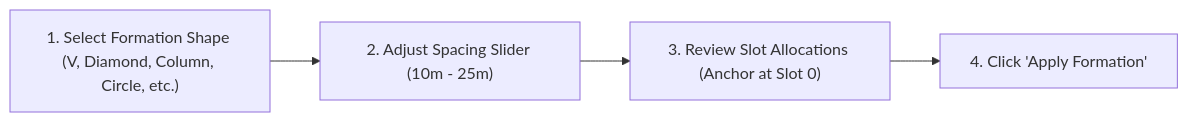
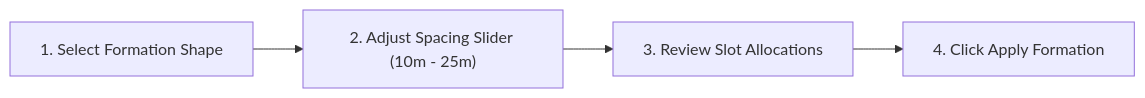
The diagram in doc/guides/gcs-user-guide.md (Debanshu2005/DroneSwarm), drawn with Mermaid before and after one commit. The commit also changed other lines of this file and 11 other files, not shown here.

Commit message:
docs: add comprehensive system architecture and user guides for phoneos swarm

````diff
--- a/doc/guides/gcs-user-guide.md
+++ b/doc/guides/gcs-user-guide.md
@@ -24,9 +24,9 @@
 ```mermaid
-graph LR
-    SelectShape["1. Select Formation Shape (V, Diamond, Column, Circle, etc.)"]
+flowchart LR
+    SelectShape["1. Select Formation Shape"]
     SetSpacing["2. Adjust Spacing Slider (10m - 25m)"]
-    ReviewSlots["3. Review Slot Allocations (Anchor at Slot 0)"]
-    Dispatch["4. Click 'Apply Formation'"]
+    ReviewSlots["3. Review Slot Allocations"]
+    Dispatch["4. Click Apply Formation"]
 
     SelectShape --> SetSpacing --> ReviewSlots --> Dispatch
 ```
````
